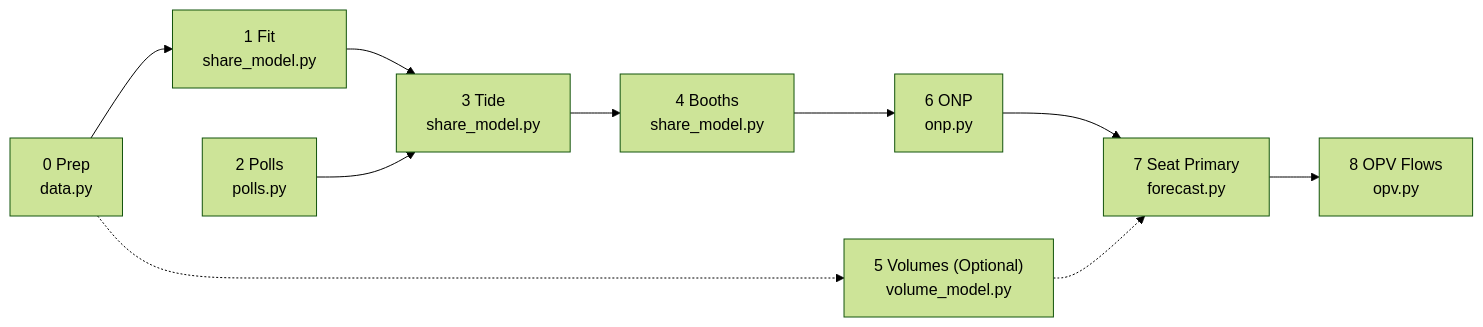
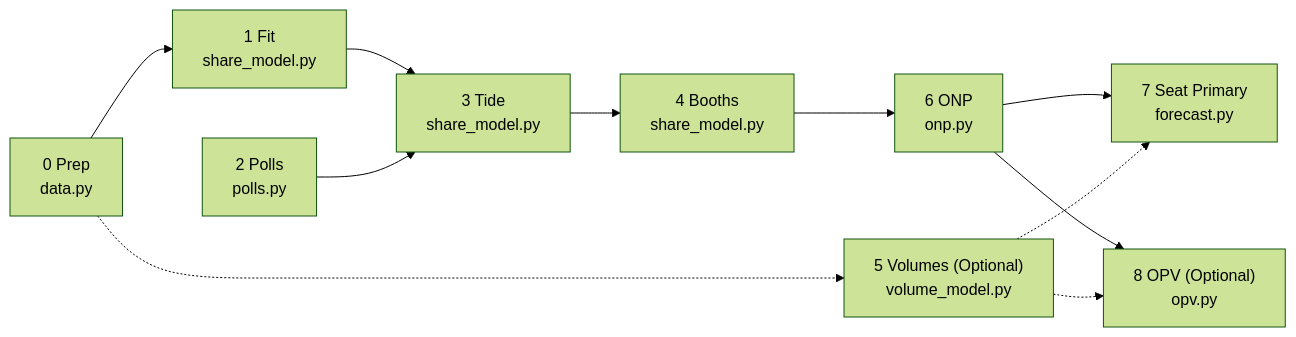
The diagram in README.md (raeganraegan/ELECTION_ENGINE), drawn with Mermaid (forest theme) before and after one commit. The commit also changed other lines of this file, not shown here.

Commit message:
readme has opv now

````diff
--- a/README.md
+++ b/README.md
@@ -207,12 +211,13 @@
 ```mermaid
 flowchart LR
     D["0 Prep<br/>data.py"] --> F["1 Fit<br/>share_model.py"]
     F --> T["3 Tide<br/>share_model.py"]
     P["2 Polls<br/>polls.py"] --> T
     T --> B["4 Booths<br/>share_model.py"]
     B --> O["6 ONP<br/>onp.py"]
     O --> S["7 Seat Primary<br/>forecast.py"]
     D -.-> V["5 Volumes (Optional)<br/>volume_model.py"]
     V -.-> S
-    S --> N["8 OPV Flows<br/>opv.py"]
+    O --> N["8 OPV (Optional)<br/>opv.py"]
+    V -.-> N
 ```
````
